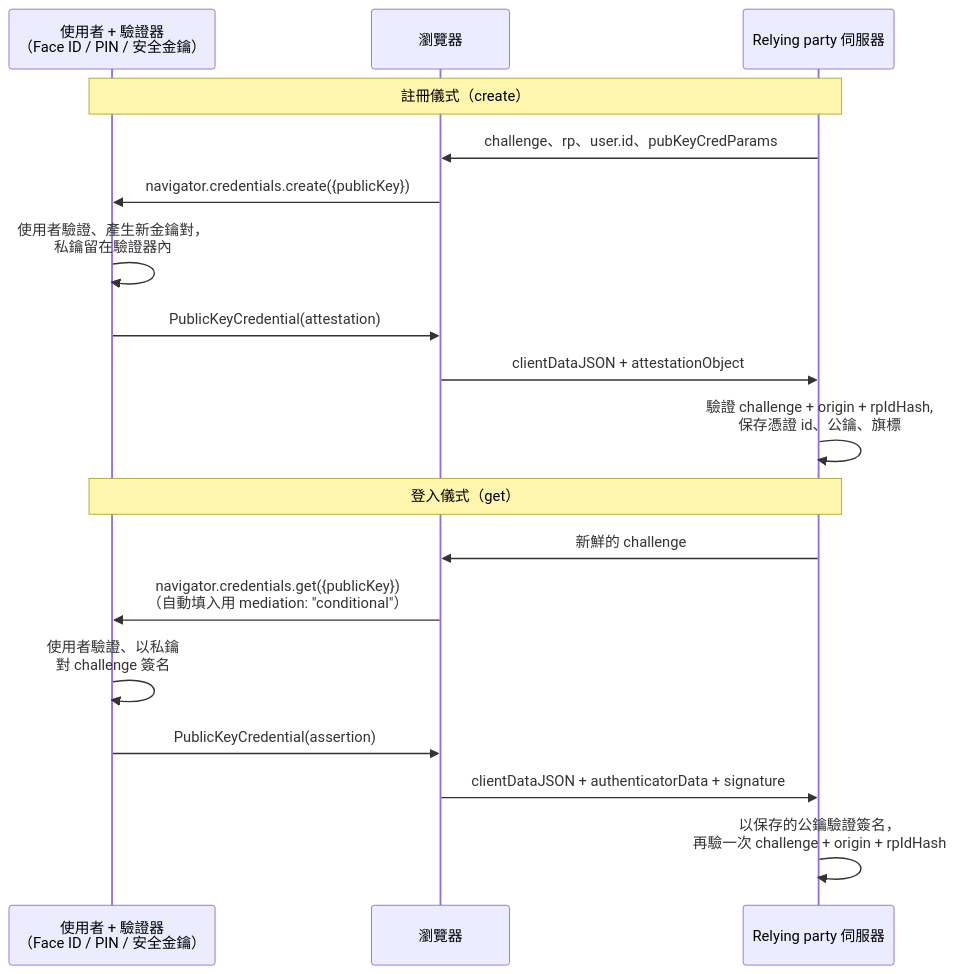
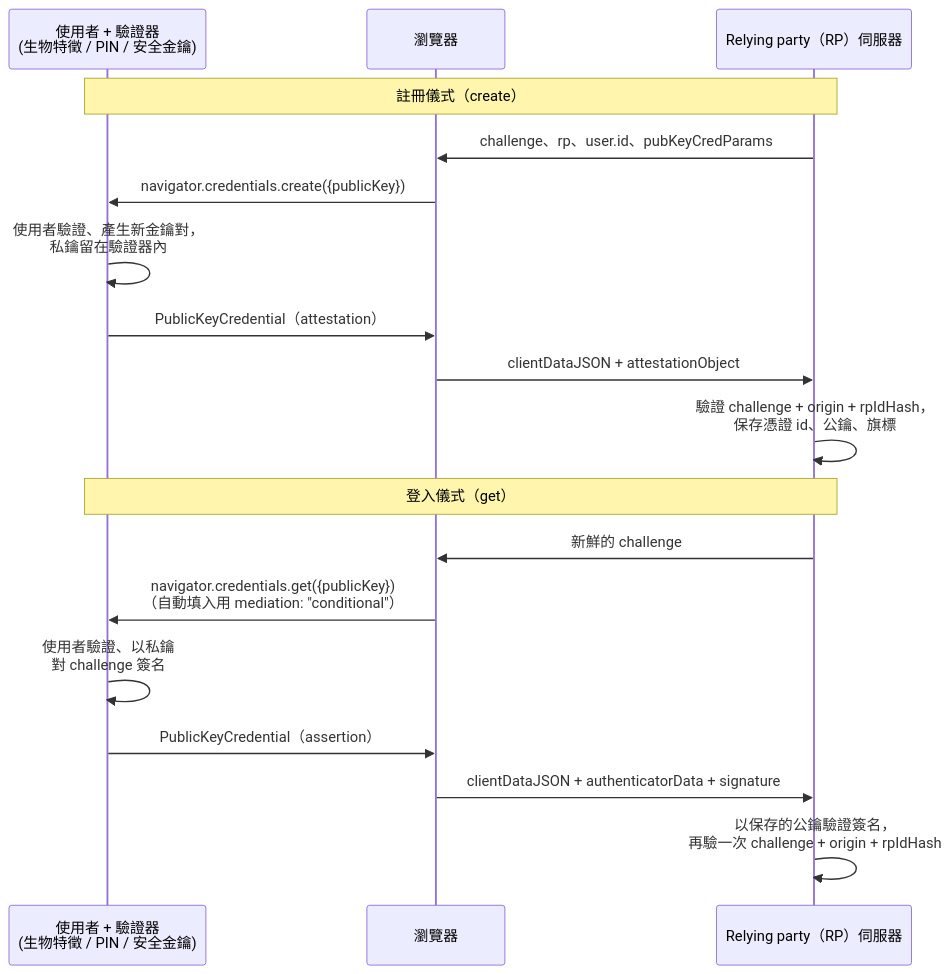
Before and after one commit to alivedise/frontend-engineering-essentials: the diagram in docs/zh-tw/Security/webauthn-passkeys.md, drawn with Mermaid. The commit also changed other lines of this file and 1 other file, not shown here.

````diff
--- a/docs/zh-tw/Security/webauthn-passkeys.md
+++ b/docs/zh-tw/Security/webauthn-passkeys.md
@@ -20,22 +20,22 @@
 ```mermaid
 sequenceDiagram
-    participant U as 使用者 + 驗證器<br/>（Face ID / PIN / 安全金鑰）
+    participant U as 使用者 + 驗證器<br/>(生物特徵 / PIN / 安全金鑰)
     participant B as 瀏覽器
-    participant S as Relying party 伺服器
+    participant S as Relying party（RP）伺服器
 
     Note over U,S: 註冊儀式（create）
     S->>B: challenge、rp、user.id、pubKeyCredParams
     B->>U: navigator.credentials.create({publicKey})
     U->>U: 使用者驗證、產生新金鑰對，<br/>私鑰留在驗證器內
-    U->>B: PublicKeyCredential(attestation)
+    U->>B: PublicKeyCredential（attestation）
     B->>S: clientDataJSON + attestationObject
-    S->>S: 驗證 challenge + origin + rpIdHash,<br/>保存憑證 id、公鑰、旗標
+    S->>S: 驗證 challenge + origin + rpIdHash，<br/>保存憑證 id、公鑰、旗標
 
     Note over U,S: 登入儀式（get）
     S->>B: 新鮮的 challenge
     B->>U: navigator.credentials.get({publicKey})<br/>（自動填入用 mediation: "conditional"）
     U->>U: 使用者驗證、以私鑰<br/>對 challenge 簽名
-    U->>B: PublicKeyCredential(assertion)
+    U->>B: PublicKeyCredential（assertion）
     B->>S: clientDataJSON + authenticatorData + signature
     S->>S: 以保存的公鑰驗證簽名，<br/>再驗一次 challenge + origin + rpIdHash
 ```
````
